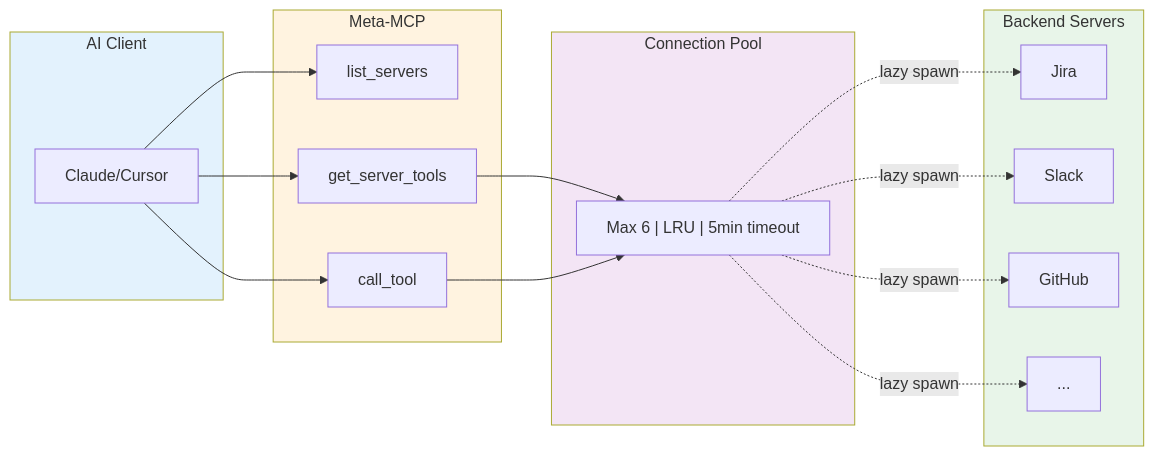
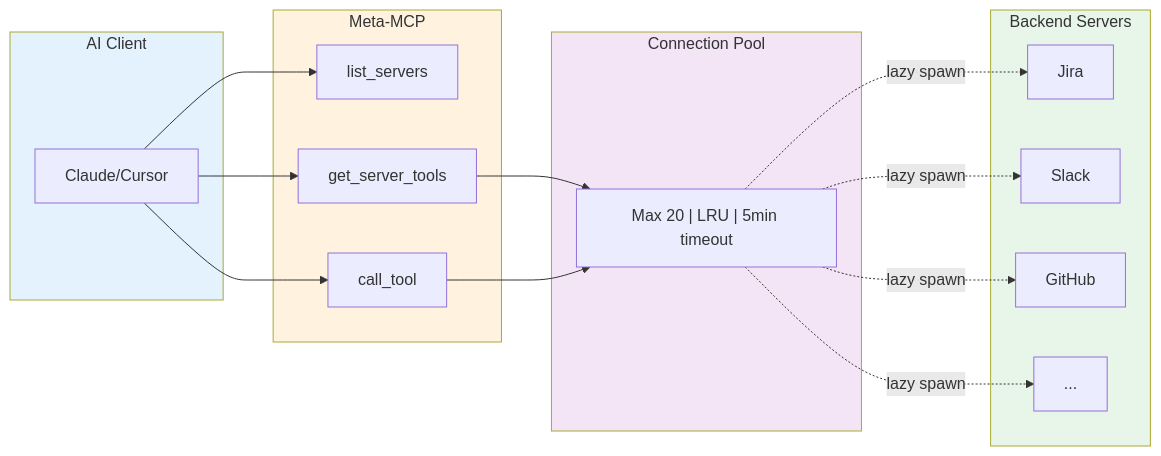
The first of 3 diagrams in projects/meta-mcp-server/docs/ARCHITECTURE.md (blueman82/mcp-exec), drawn with Mermaid before and after one commit. The commit also changed other lines of this file and 58 other files, not shown here.

````diff
--- a/projects/meta-mcp-server/docs/ARCHITECTURE.md
+++ b/projects/meta-mcp-server/docs/ARCHITECTURE.md
@@ -9,32 +9,32 @@
 ```mermaid
 flowchart LR
   subgraph AI["AI Client"]
     C[Claude/Cursor]
   end
 
   subgraph Meta["Meta-MCP"]
     M1[list_servers]
     M2[get_server_tools]
     M3[call_tool]
   end
 
   subgraph Pool["Connection Pool"]
-    P["Max 6 | LRU | 5min timeout"]
+    P["Max 20 | LRU | 5min timeout"]
   end
 
   subgraph Backends["Backend Servers"]
     B1[Jira]
     B2[Slack]
     B3[GitHub]
     B4[...]
   end
 
   C --> M1 & M2 & M3
   M2 & M3 --> P
   P -.->|lazy spawn| B1 & B2 & B3 & B4
 
   style AI fill:#e3f2fd
   style Meta fill:#fff3e0
   style Pool fill:#f3e5f5
   style Backends fill:#e8f5e9
 ```
````
